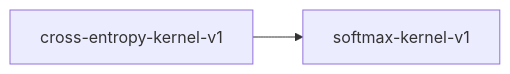
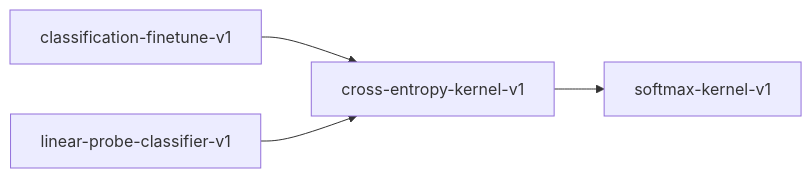
The diagram in book/src/contracts/cross-entropy-kernel-v1.md (paiml/provable-contracts), drawn with Mermaid before and after one commit. The commit also changed 76 other files, not shown here.

````diff
--- a/book/src/contracts/cross-entropy-kernel-v1.md
+++ b/book/src/contracts/cross-entropy-kernel-v1.md
@@ -18,4 +18,6 @@
 ```mermaid
 graph LR
     cross_entropy_kernel_v1["cross-entropy-kernel-v1"] --> softmax_kernel_v1["softmax-kernel-v1"]
+    classification_finetune_v1["classification-finetune-v1"] --> cross_entropy_kernel_v1["cross-entropy-kernel-v1"]
+    linear_probe_classifier_v1["linear-probe-classifier-v1"] --> cross_entropy_kernel_v1["cross-entropy-kernel-v1"]
 ```
````
